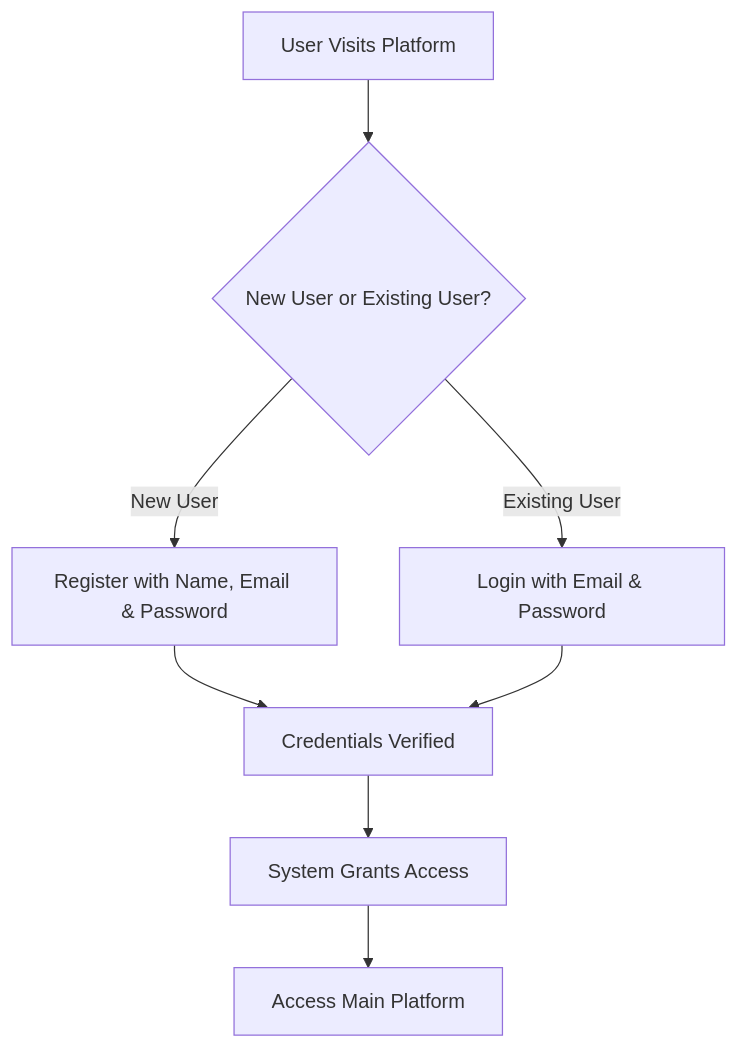
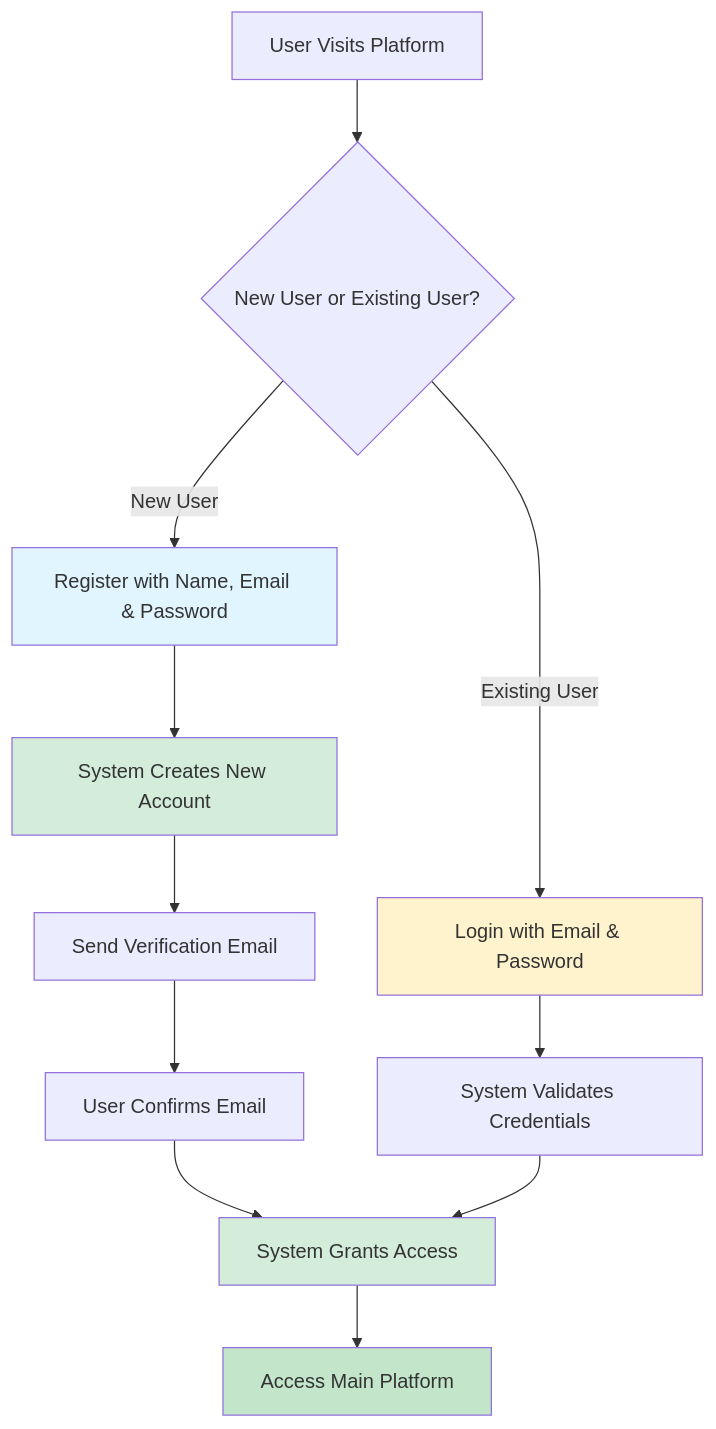
The second of 5 diagrams in docs/business-cases.md (Khush-GKMIT/Hotel-Management-System-Docs), drawn with Mermaid before and after one commit. The commit also changed other lines of this file and 16 other files, not shown here.

Commit message:
docs: added data modeling diagram

````diff
--- a/docs/business-cases.md
+++ b/docs/business-cases.md
@@ -44,10 +48,19 @@
 ```mermaid
 flowchart TD
     Start[User Visits Platform] --> Choice{New User or Existing User?}
     Choice -->|New User| Register[Register with Name, Email & Password]
     Choice -->|Existing User| Login[Login with Email & Password]
-    Register --> Verify[Credentials Verified]
-    Login --> Verify
-    Verify --> Grant[System Grants Access]
+    Register --> CreateAccount[System Creates New Account]
+    CreateAccount --> Verify[Send Verification Email]
+    Verify --> Confirmed[User Confirms Email]
+    Login --> Authenticate[System Validates Credentials]
+    Confirmed --> Grant[System Grants Access]
+    Authenticate --> Grant
     Grant --> Access[Access Main Platform]
+    
+    style Register fill:#e1f5ff
+    style CreateAccount fill:#d4edda
+    style Login fill:#fff3cd
+    style Grant fill:#d4edda
+    style Access fill:#c3e6cb
 ```
````
